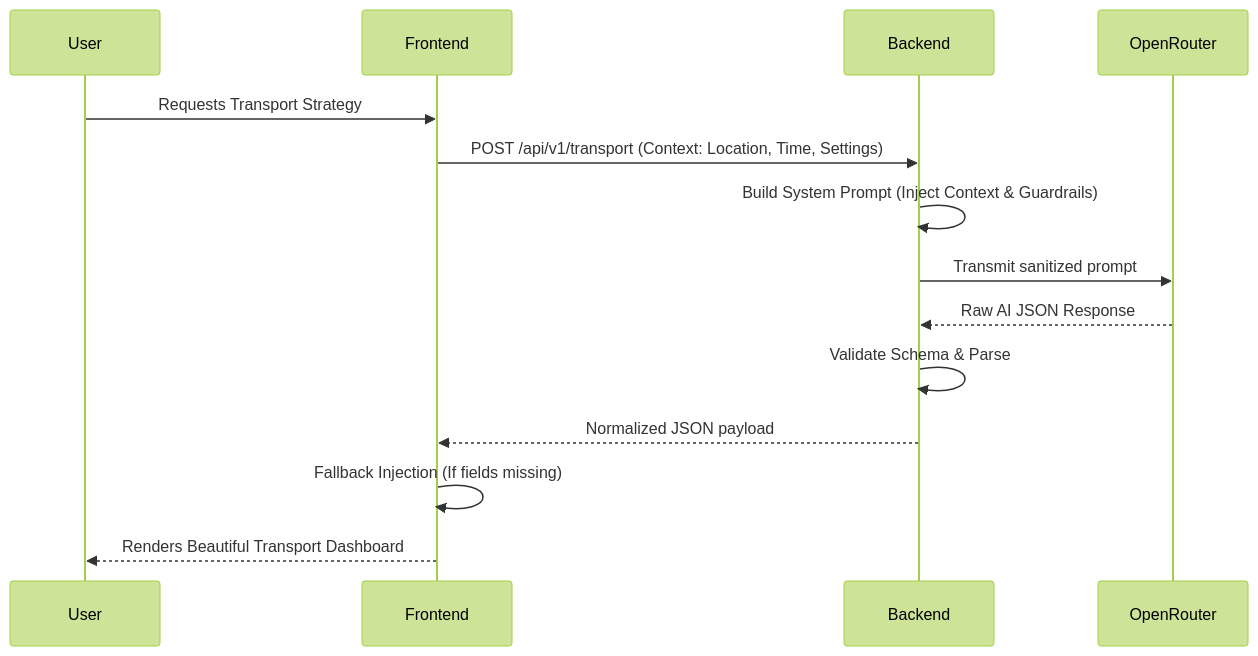
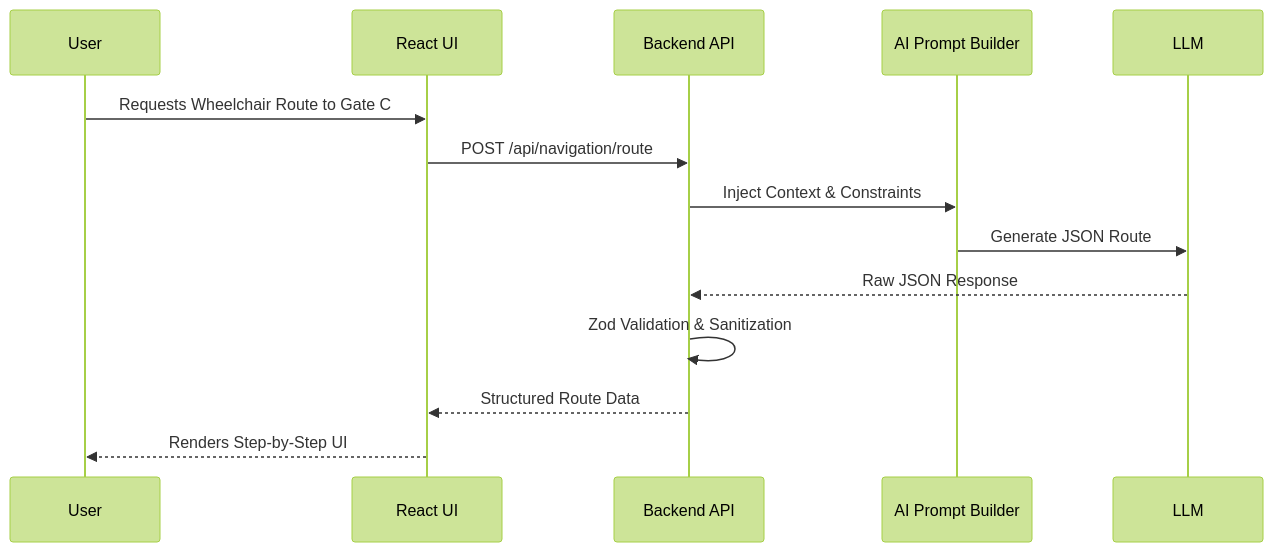
One commit to mynewp36-max/FIFA-WORLD-CUP changed the second of 4 diagrams in README.md. Above: the diagram before and after it, drawn with Mermaid (forest theme). The commit also changed other lines of this file and 796 other files, not shown here.

````diff
--- a/README.md
+++ b/README.md
@@ -192,17 +93,17 @@
 ```mermaid
 sequenceDiagram
     participant User
-    participant Frontend
-    participant Backend
-    participant OpenRouter
+    participant React UI
+    participant Backend API
+    participant AI Prompt Builder
+    participant LLM
     
-    User->>Frontend: Requests Transport Strategy
-    Frontend->>Backend: POST /api/v1/transport (Context: Location, Time, Settings)
-    Backend->>Backend: Build System Prompt (Inject Context & Guardrails)
-    Backend->>OpenRouter: Transmit sanitized prompt
-    OpenRouter-->>Backend: Raw AI JSON Response
-    Backend->>Backend: Validate Schema & Parse
-    Backend-->>Frontend: Normalized JSON payload
-    Frontend->>Frontend: Fallback Injection (If fields missing)
-    Frontend-->>User: Renders Beautiful Transport Dashboard
+    User->>React UI: Requests Wheelchair Route to Gate C
+    React UI->>Backend API: POST /api/navigation/route
+    Backend API->>AI Prompt Builder: Inject Context & Constraints
+    AI Prompt Builder->>LLM: Generate JSON Route
+    LLM-->>Backend API: Raw JSON Response
+    Backend API->>Backend API: Zod Validation & Sanitization
+    Backend API-->>React UI: Structured Route Data
+    React UI-->>User: Renders Step-by-Step UI
 ```
````
